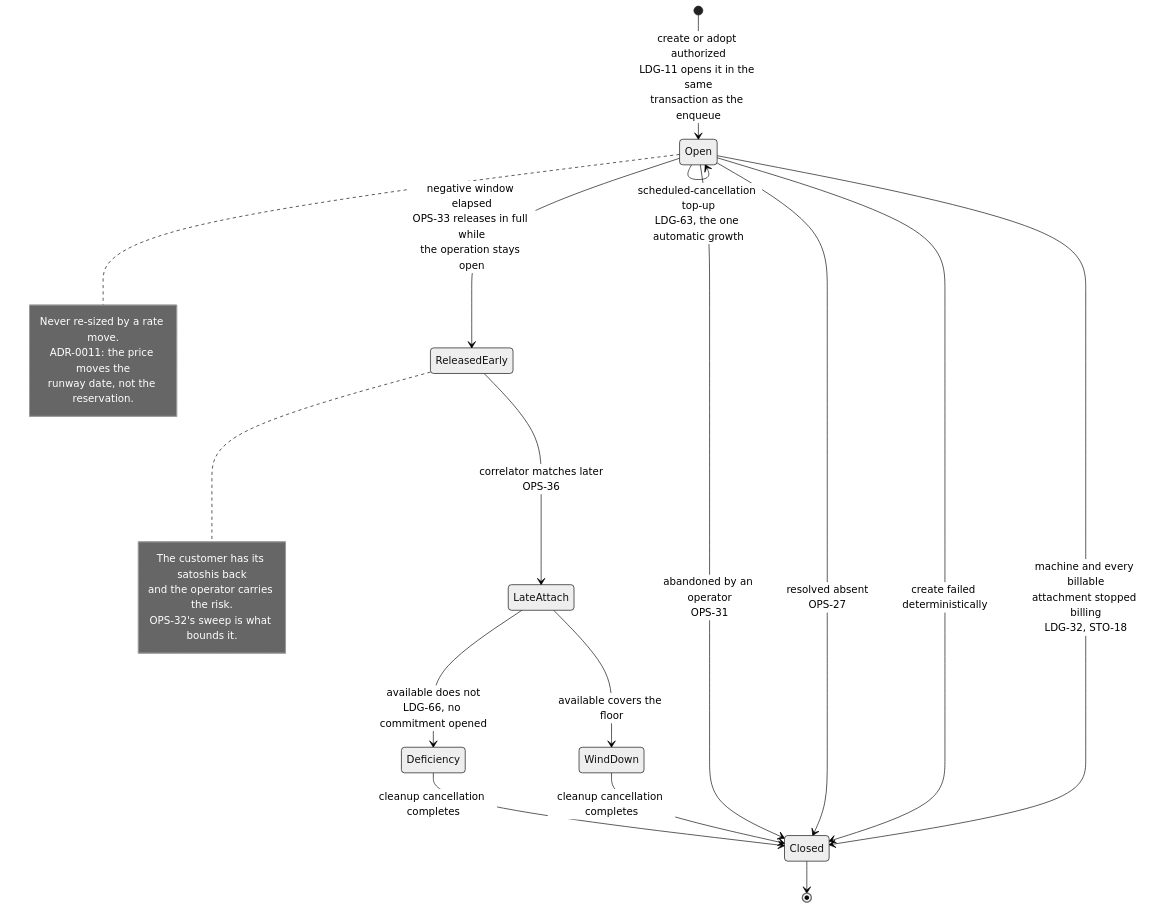
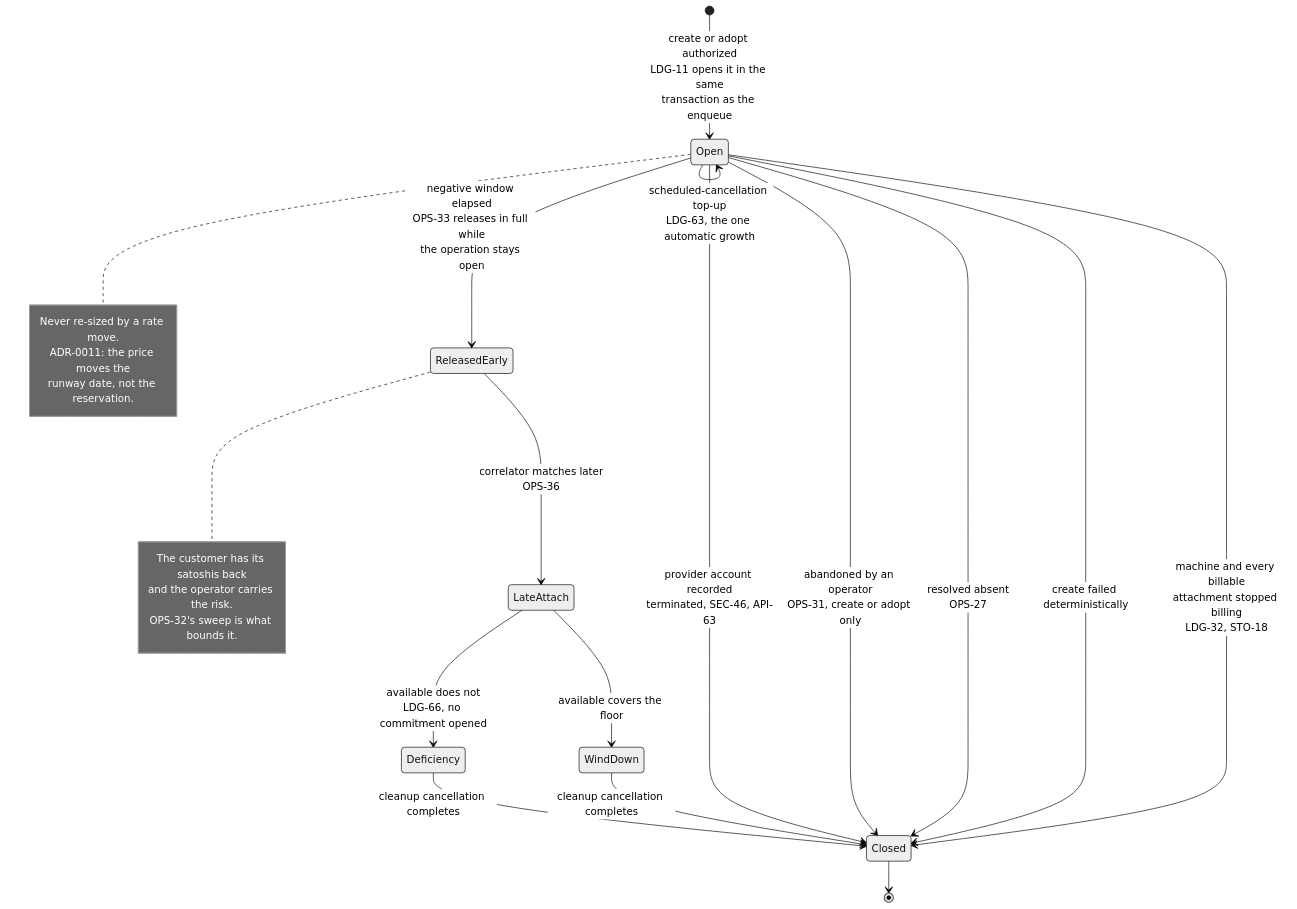
Before and after one commit to douglaz/provisiond: the diagram in 12-billing-and-ledger.md, drawn with Mermaid (neutral theme). The commit also changed other lines of this file and 4 other files, not shown here.

````diff
--- a/12-billing-and-ledger.md
+++ b/12-billing-and-ledger.md
@@ -166,36 +166,37 @@
 ```mermaid
 stateDiagram-v2
     direction TB
     [*] --> Open : create or adopt authorized<br/>LDG-11 opens it in the same<br/>transaction as the enqueue
 
     Open --> Open : usage_debit posted<br/>LDG-31 decrements by the same<br/>amount, same transaction
     Open --> Open : extend-runway<br/>LDG-62, caller action, fenced by OPS-42
     Open --> Open : operator requeue re-prices<br/>OPS-20, at the current rate
     Open --> Open : scheduled-cancellation top-up<br/>LDG-63, the one automatic growth
 
     Open --> Closed : machine and every billable<br/>attachment stopped billing<br/>LDG-32, STO-18
     Open --> Closed : create failed deterministically
     Open --> Closed : resolved absent<br/>OPS-27
-    Open --> Closed : abandoned by an operator<br/>OPS-31
+    Open --> Closed : abandoned by an operator<br/>OPS-31, create or adopt only
+    Open --> Closed : provider account recorded<br/>terminated, SEC-46, API-63
     Open --> ReleasedEarly : negative window elapsed<br/>OPS-33 releases in full while<br/>the operation stays open
 
     ReleasedEarly --> LateAttach : correlator matches later<br/>OPS-36
     LateAttach --> WindDown : available covers the floor
     LateAttach --> Deficiency : available does not<br/>LDG-66, no commitment opened
     WindDown --> Closed : cleanup cancellation completes
     Deficiency --> Closed : cleanup cancellation completes
 
     Closed --> [*]
 
     note right of Open
         Never re-sized by a rate move.
         ADR-0011: the price moves the
         runway date, not the reservation.
     end note
 
     note right of ReleasedEarly
         The customer has its satoshis back
         and the operator carries the risk.
         OPS-32's sweep is what bounds it.
     end note
 ```
````
